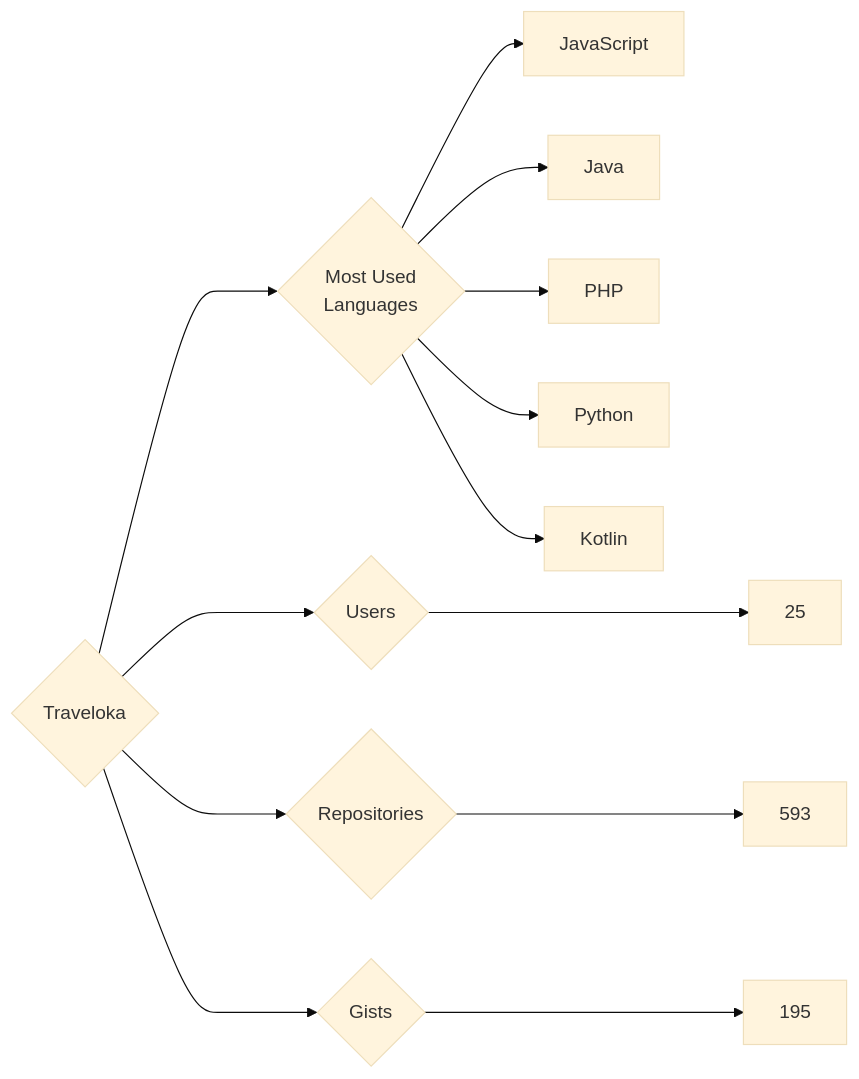
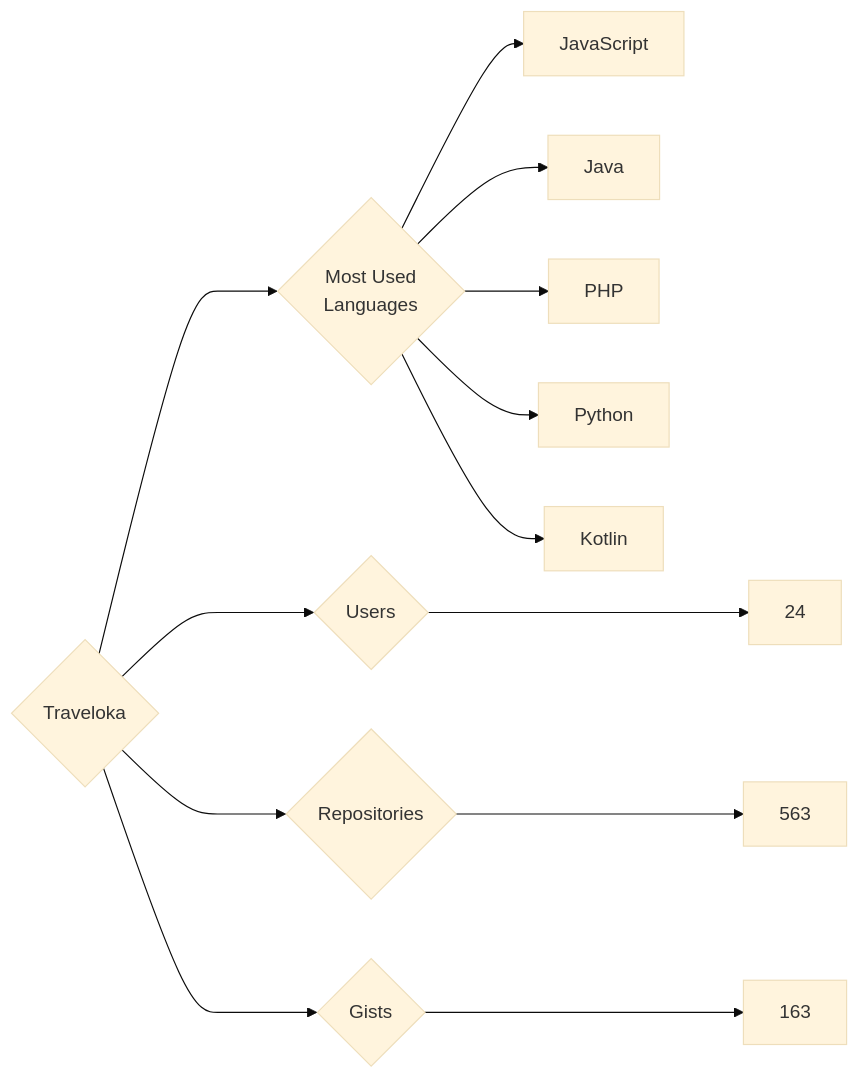
One commit to trickest/insiders changed the diagram in targets/Traveloka/README.md. Above: the diagram before and after it, drawn with Mermaid (base theme). The commit also changed 835 other files, not shown here.

````diff
--- a/targets/Traveloka/README.md
+++ b/targets/Traveloka/README.md
@@ -3,13 +3,13 @@
 ```mermaid
 graph LR
 COMPANY_NAME{Traveloka}
-COMPANY_NAME ---> U{Users} ---> UN[25]
-COMPANY_NAME ---> R{Repositories} ---> RN[593]
-COMPANY_NAME ---> G{Gists} ---> GN[195]
+COMPANY_NAME ---> U{Users} ---> UN[24]
+COMPANY_NAME ---> R{Repositories} ---> RN[563]
+COMPANY_NAME ---> G{Gists} ---> GN[163]
 COMPANY_NAME ---> ML{Most Used<br>Languages}
 ML --> JavaScript[JavaScript]
 ML --> Java[Java]
 ML --> PHP[PHP]
 ML --> Python[Python]
 ML --> Kotlin[Kotlin]
 ```
````
